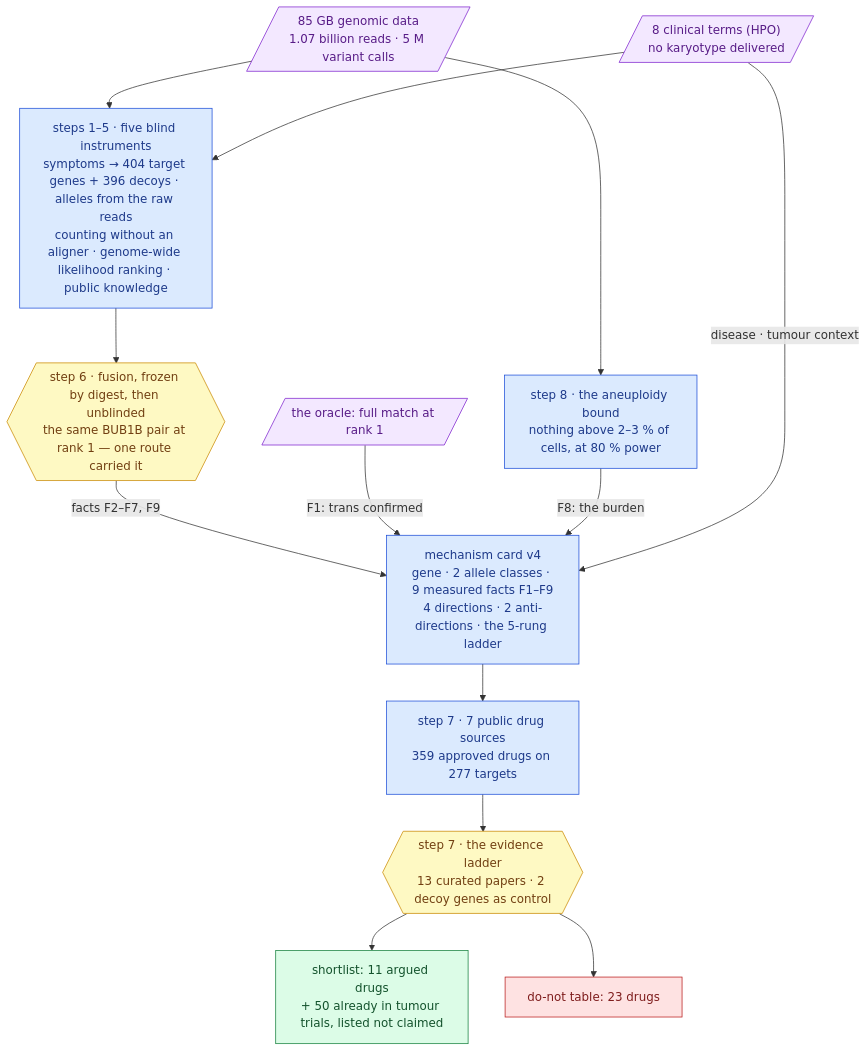
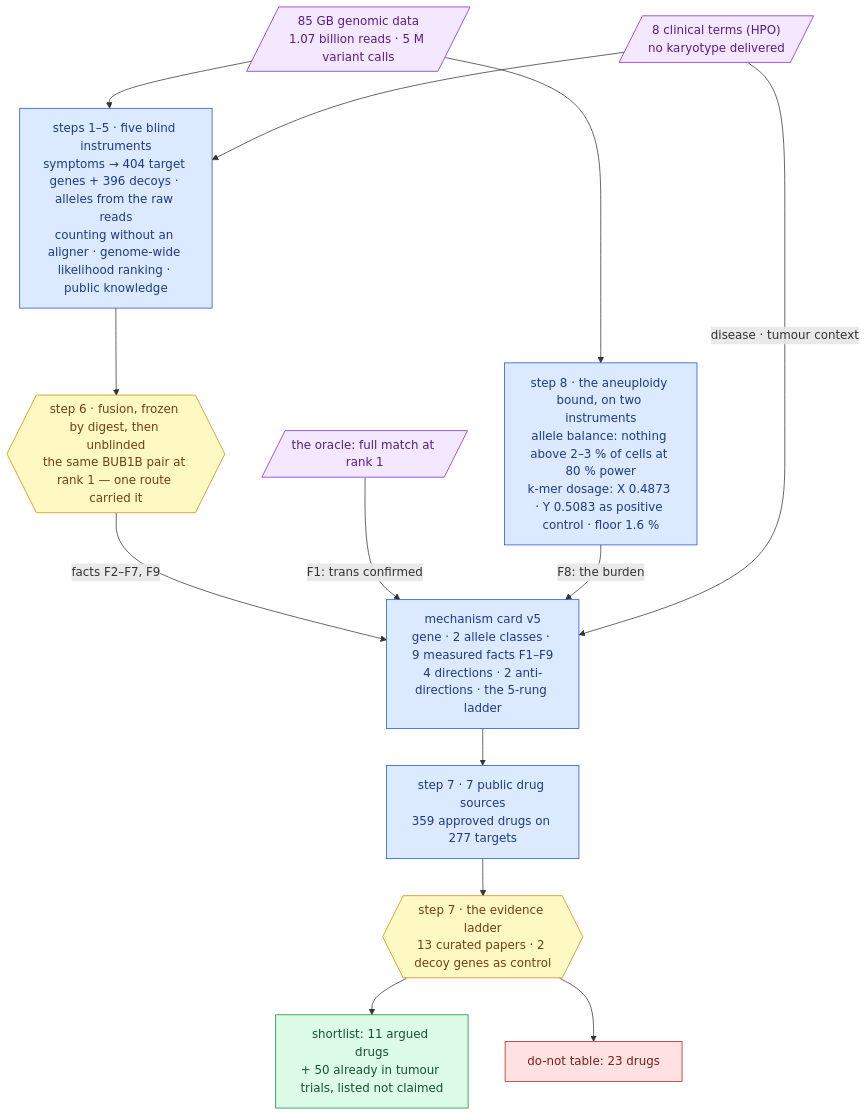
Before and after one commit to agharsallah/mva-hackathon: the first of 2 diagrams in submissions/track2/iteration-2/report.md, drawn with Mermaid. The commit also changed other lines of this file, not shown here.

````diff
--- a/submissions/track2/iteration-2/report.md
+++ b/submissions/track2/iteration-2/report.md
@@ -68,30 +92,30 @@
 ```mermaid
 flowchart TB
   G[/"85 GB genomic data<br/>1.07 billion reads · 5 M variant calls"/]:::raw
   C[/"8 clinical terms (HPO)<br/>no karyotype delivered"/]:::raw
   S15["steps 1–5 · five blind instruments<br/>symptoms → 404 target genes + 396 decoys · alleles from the raw reads<br/>counting without an aligner · genome-wide likelihood ranking · public knowledge"]:::machine
   S6{{"step 6 · fusion, frozen by digest, then unblinded<br/>the same BUB1B pair at rank 1 — one route carried it"}}:::decide
   O[/"the oracle: full match at rank 1"/]:::raw
-  S8["step 8 · the aneuploidy bound<br/>nothing above 2–3 % of cells, at 80 % power"]:::machine
-  CARD["mechanism card v4<br/>gene · 2 allele classes · 9 measured facts F1–F9<br/>4 directions · 2 anti-directions · the 5-rung ladder"]:::machine
+  S8["step 8 · the aneuploidy bound, on two instruments<br/>allele balance: nothing above 2–3 % of cells at 80 % power<br/>k-mer dosage: X 0.4873 · Y 0.5083 as positive control · floor 1.6 %"]:::machine
+  CARD["mechanism card v5<br/>gene · 2 allele classes · 9 measured facts F1–F9<br/>4 directions · 2 anti-directions · the 5-rung ladder"]:::machine
   SNAP["step 7 · 7 public drug sources<br/>359 approved drugs on 277 targets"]:::machine
   LAD{{"step 7 · the evidence ladder<br/>13 curated papers · 2 decoy genes as control"}}:::decide
   OUT["shortlist: 11 argued drugs<br/>+ 50 already in tumour trials, listed not claimed"]:::good
   NO["do-not table: 23 drugs"]:::bad
   G --> S15
   C --> S15
   S15 --> S6
   G --> S8
   S6 -->|"facts F2–F7, F9"| CARD
   O -->|"F1: trans confirmed"| CARD
   S8 -->|"F8: the burden"| CARD
   C -->|"disease · tumour context"| CARD
   CARD --> SNAP --> LAD
   LAD --> OUT
   LAD --> NO
   classDef raw fill:#f3e8ff,stroke:#7e22ce,color:#581c87
   classDef machine fill:#dbeafe,stroke:#1d4ed8,color:#1e3a8a
   classDef decide fill:#fef9c3,stroke:#ca8a04,color:#713f12
   classDef good fill:#dcfce7,stroke:#15803d,color:#14532d
   classDef bad fill:#fee2e2,stroke:#b91c1c,color:#7f1d1d
 ```
````
